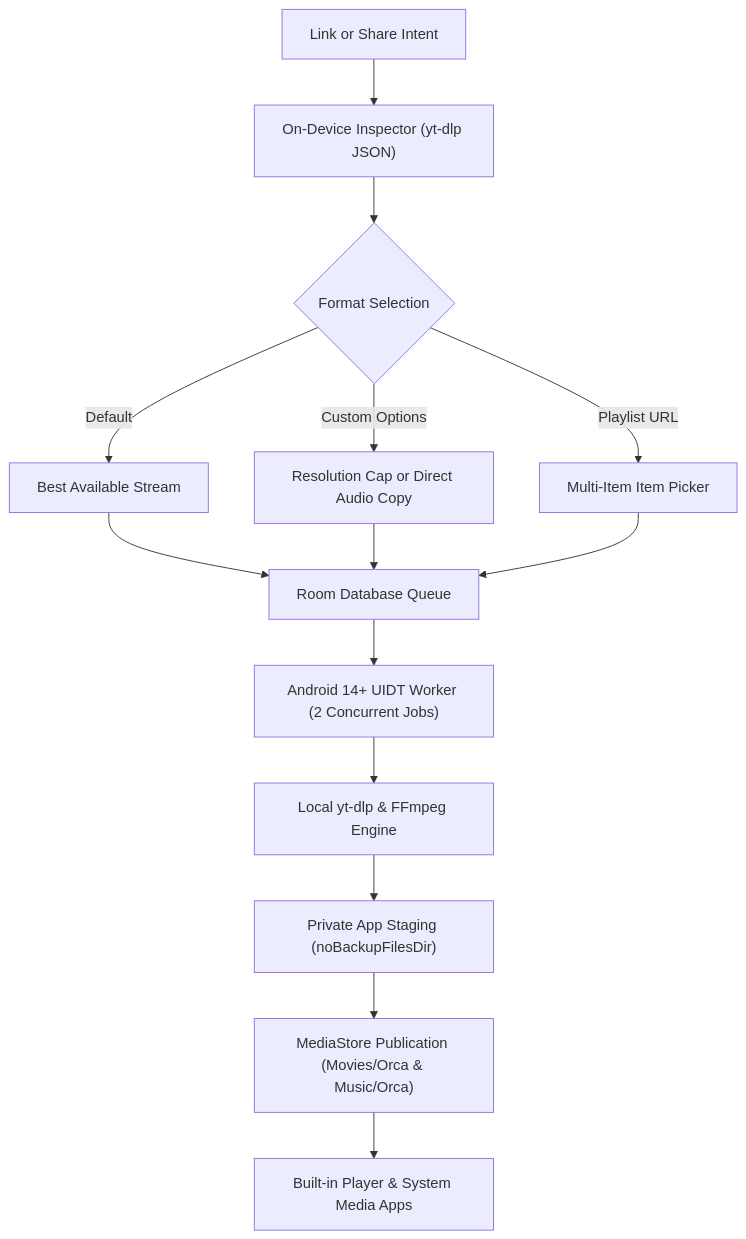
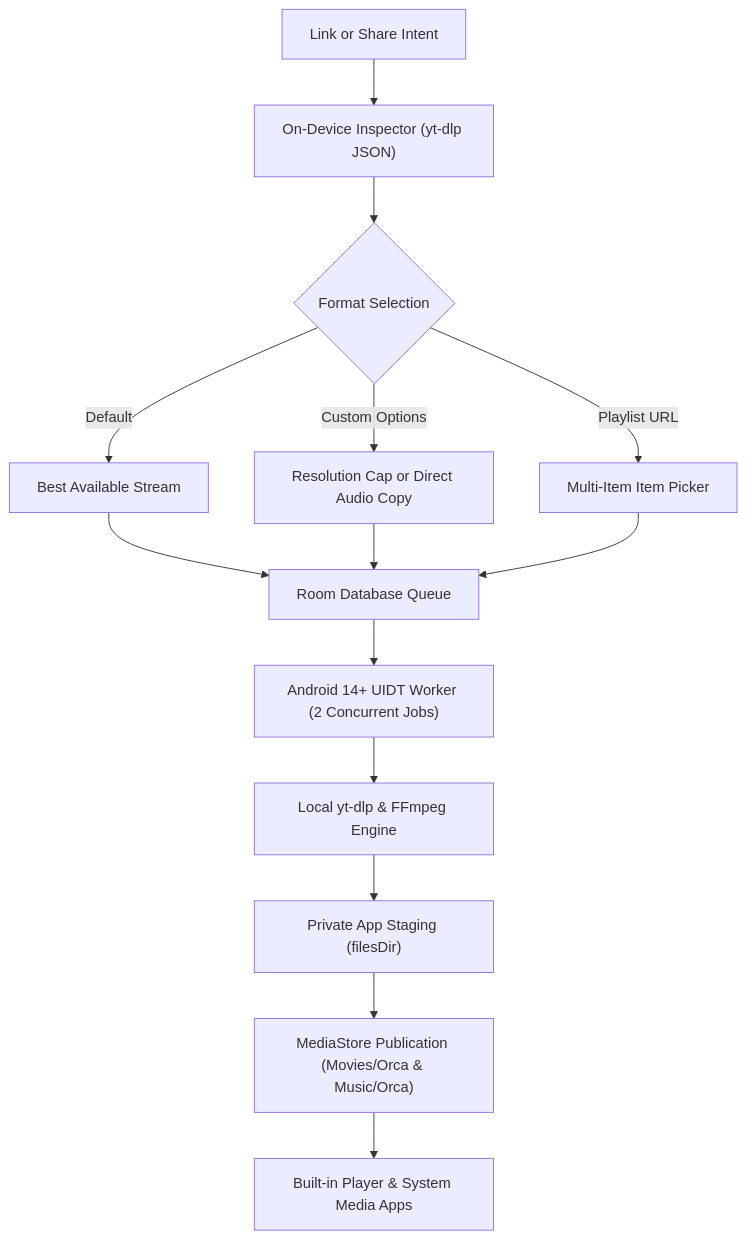
One commit to projectGloria/Orca changed the diagram in README.md. Above: the diagram before and after it, drawn with Mermaid. The commit also changed other lines of this file and 25 other files, not shown here.

````diff
--- a/README.md
+++ b/README.md
@@ -97,16 +97,16 @@
 ```mermaid
 flowchart TD
     A["Link or Share Intent"] --> B["On-Device Inspector (yt-dlp JSON)"]
     B --> C{"Format Selection"}
     C -->|"Default"| D["Best Available Stream"]
     C -->|"Custom Options"| E["Resolution Cap or Direct Audio Copy"]
     C -->|"Playlist URL"| F["Multi-Item Item Picker"]
     D --> G["Room Database Queue"]
     E --> G
     F --> G
     G --> H["Android 14+ UIDT Worker (2 Concurrent Jobs)"]
     H --> I["Local yt-dlp & FFmpeg Engine"]
-    I --> J["Private App Staging (noBackupFilesDir)"]
+    I --> J["Private App Staging (filesDir)"]
     J --> K["MediaStore Publication (Movies/Orca & Music/Orca)"]
     K --> L["Built-in Player & System Media Apps"]
 ```
````
